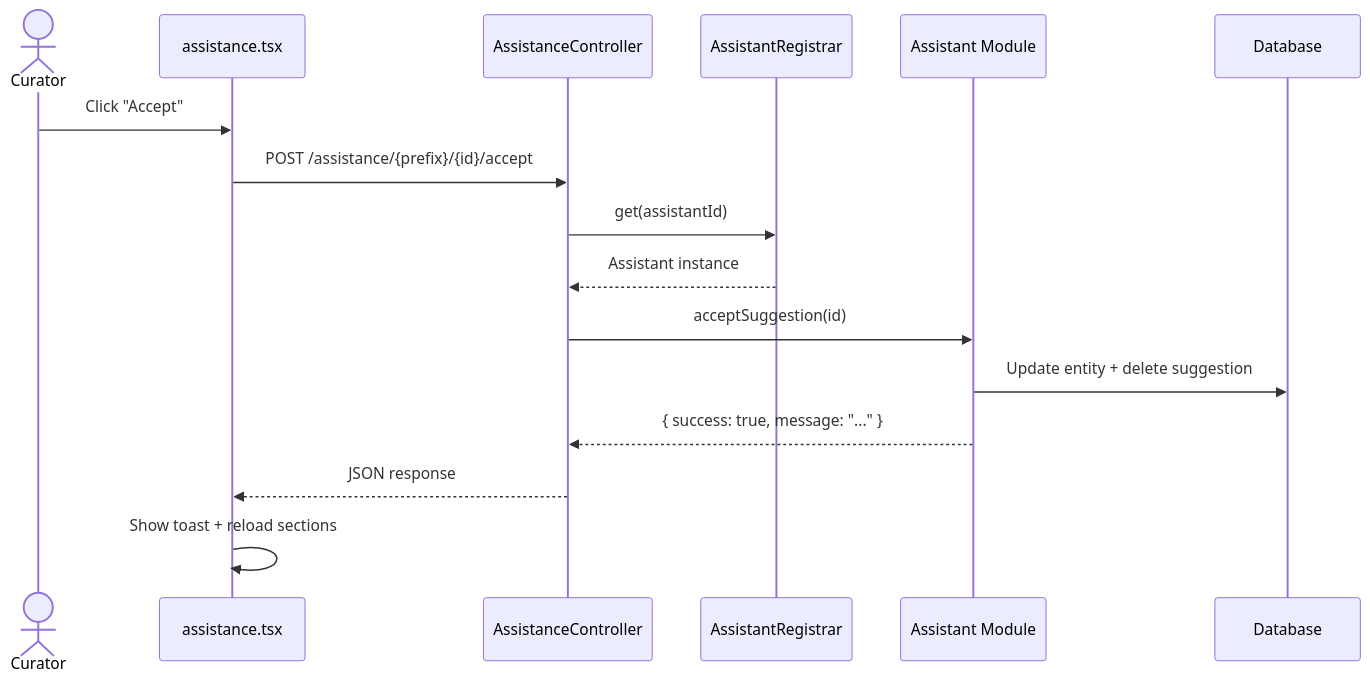
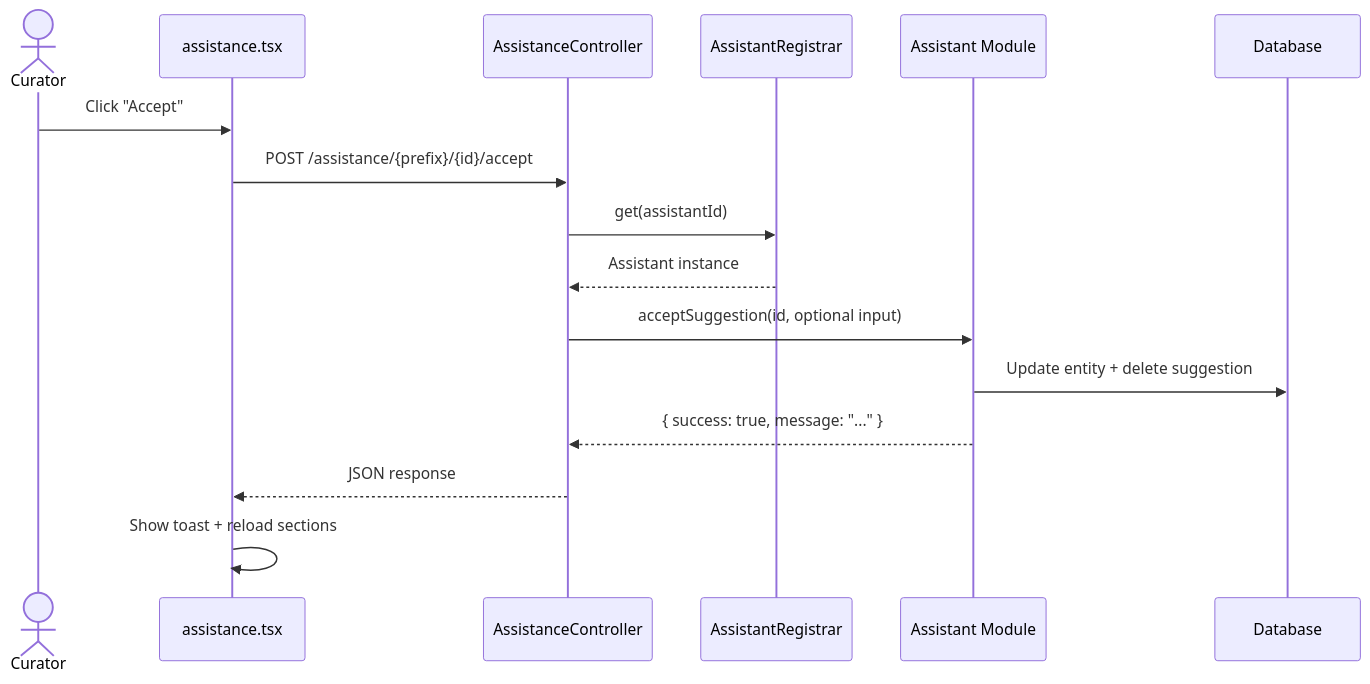
The third of 3 diagrams in modules/assistants/DEVELOPER_GUIDE.md (McNamara84/ernie), drawn with Mermaid before and after one commit. The commit also changed other lines of this file and 20 other files, not shown here.

````diff
--- a/modules/assistants/DEVELOPER_GUIDE.md
+++ b/modules/assistants/DEVELOPER_GUIDE.md
@@ -518,19 +519,19 @@
 ```mermaid
 sequenceDiagram
     actor Curator
     participant Page as assistance.tsx
     participant Ctrl as AssistanceController
     participant Reg as AssistantRegistrar
     participant Asst as Assistant Module
     participant DB as Database
 
     Curator->>Page: Click "Accept"
     Page->>Ctrl: POST /assistance/{prefix}/{id}/accept
     Ctrl->>Reg: get(assistantId)
     Reg-->>Ctrl: Assistant instance
-    Ctrl->>Asst: acceptSuggestion(id)
+    Ctrl->>Asst: acceptSuggestion(id, optional input)
     Asst->>DB: Update entity + delete suggestion
     Asst-->>Ctrl: { success: true, message: "..." }
     Ctrl-->>Page: JSON response
     Page->>Page: Show toast + reload sections
 ```
````
